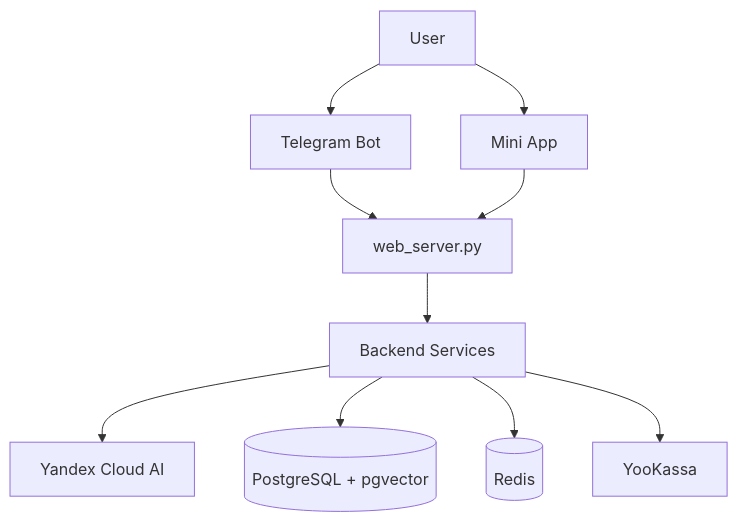
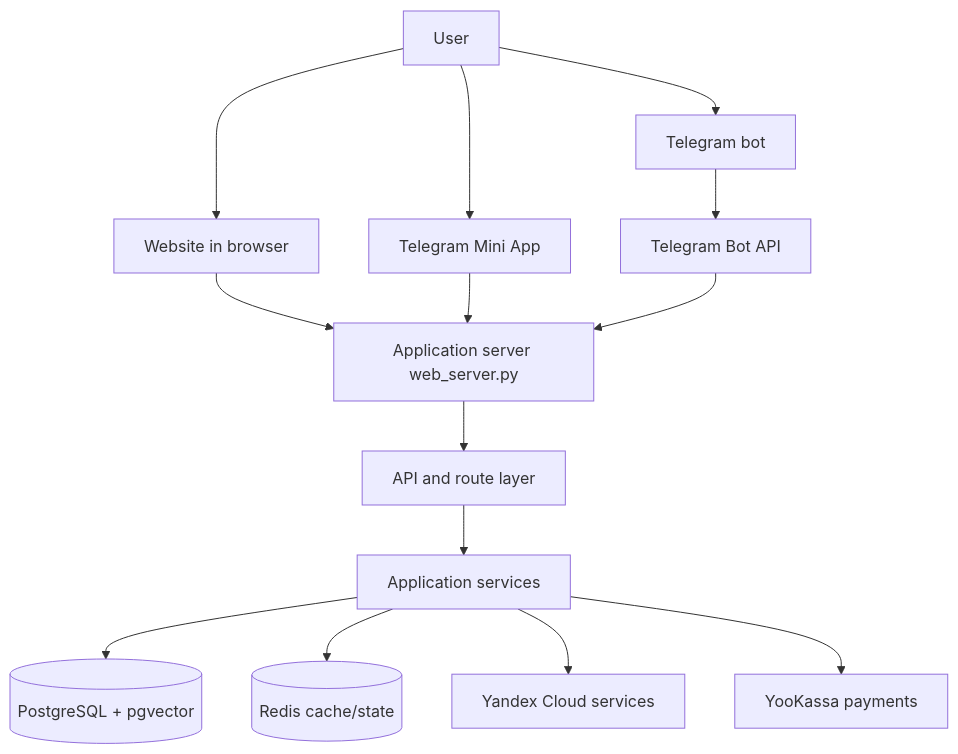
The diagram in README_EN.md (gaus-1/pandapal-bot), drawn with Mermaid before and after one commit. The commit also changed other lines of this file and 1 other file, not shown here.

Commit message:
docs(readme): improve system overview diagrams and flow explanations
Replace the high-level architecture diagrams in RU/EN README with clearer end-to-end request flow views, including website entry, Telegram Bot API path, API route layer, and external integrations. Add concise plain-language flow notes for faster onboarding.

````diff
--- a/README_EN.md
+++ b/README_EN.md
@@ -139,12 +139,18 @@
 ```mermaid
 graph TB
-    User[User] --> TG[Telegram Bot]
-    User --> Web[Mini App]
-    TG --> Server[web_server.py]
-    Web --> Server
-    Server --> Services[Backend Services]
-    Services --> AI[Yandex Cloud AI]
-    Services --> DB[(PostgreSQL + pgvector)]
-    Services --> Redis[(Redis)]
-    Services --> YooKassa[YooKassa]
+    user[User] --> web[Website in browser]
+    user --> miniapp[Telegram Mini App]
+    user --> tgbot[Telegram bot]
+
+    web --> server[Application server web_server.py]
+    miniapp --> server
+    tgbot --> telegramApi[Telegram Bot API]
+    telegramApi --> server
+
+    server --> api[API and route layer]
+    api --> services[Application services]
+    services --> db[(PostgreSQL + pgvector)]
+    services --> redis[(Redis cache/state)]
+    services --> yandex[Yandex Cloud services]
+    services --> payments[YooKassa payments]
 ```
````
